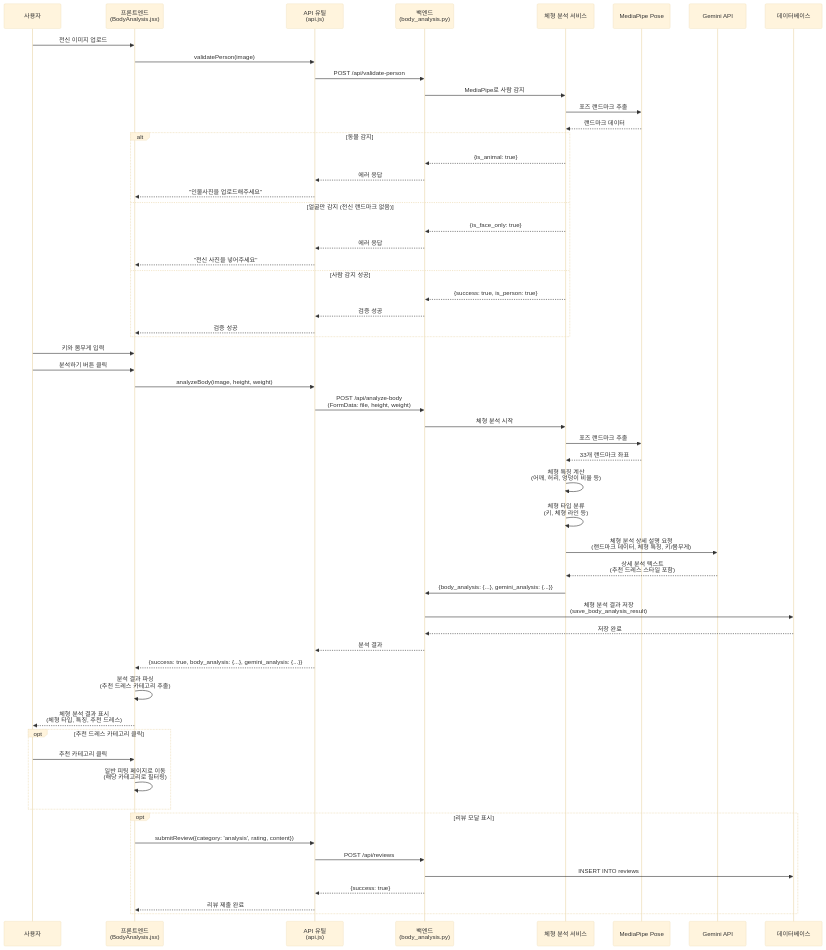
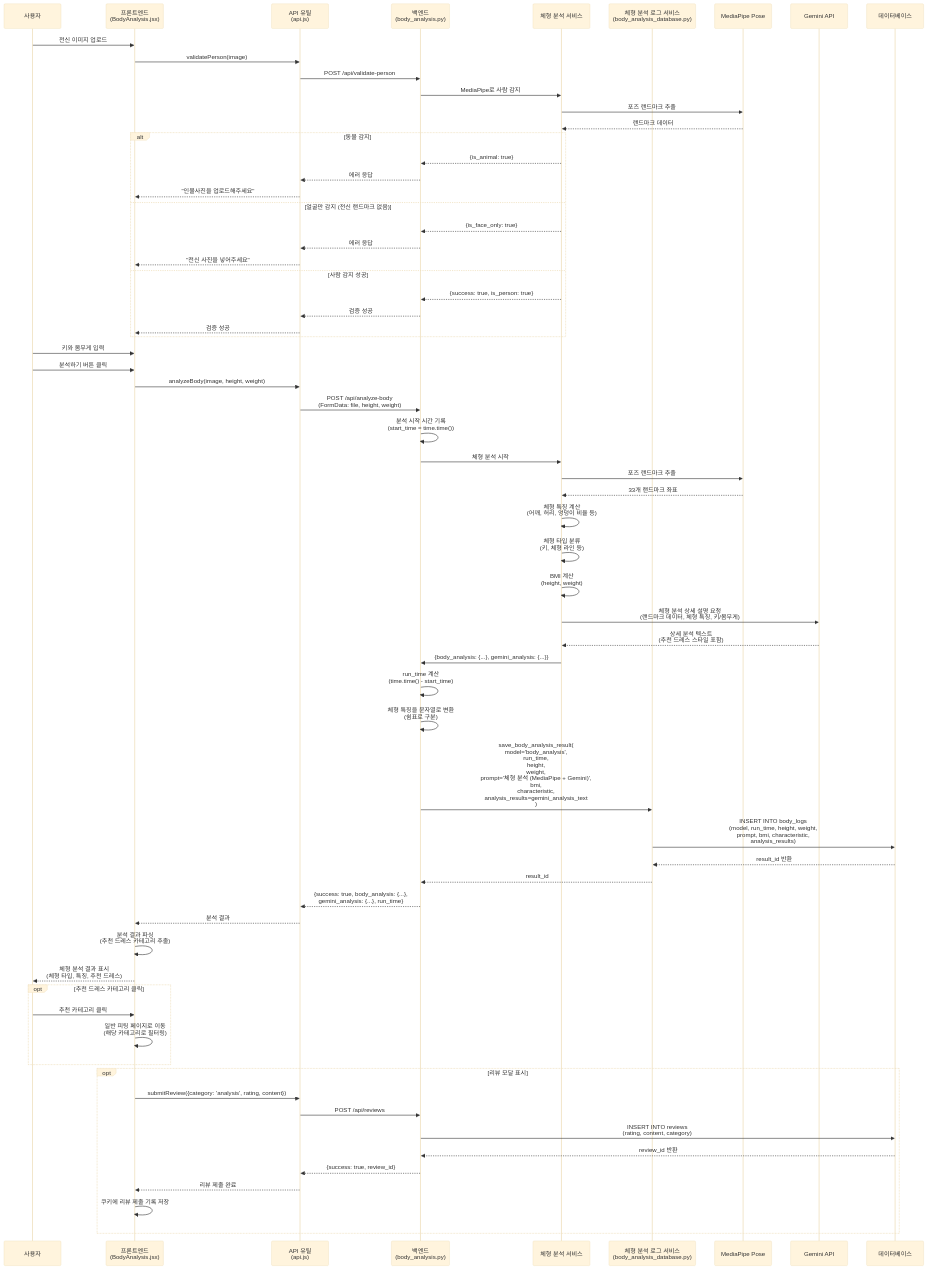
Before and after one commit to MerrydayPrject/final-repo-back: the fifth of 16 diagrams in docs/sequence_diagrams.md, drawn with Mermaid (base theme). The commit also changed other lines of this file and 3 other files, not shown here.

````diff
--- a/docs/sequence_diagrams.md
+++ b/docs/sequence_diagrams.md
@@ -203,69 +272,79 @@
 ```mermaid
 sequenceDiagram
     participant User as 사용자
     participant Frontend as 프론트엔드<br/>(BodyAnalysis.jsx)
     participant API as API 유틸<br/>(api.js)
     participant Backend as 백엔드<br/>(body_analysis.py)
     participant BodyService as 체형 분석 서비스
+    participant BodyLogService as 체형 분석 로그 서비스<br/>(body_analysis_database.py)
     participant MediaPipe as MediaPipe Pose
     participant Gemini as Gemini API
     participant DB as 데이터베이스
 
     User->>Frontend: 전신 이미지 업로드
     Frontend->>API: validatePerson(image)
     API->>Backend: POST /api/validate-person
     Backend->>BodyService: MediaPipe로 사람 감지
     BodyService->>MediaPipe: 포즈 랜드마크 추출
     MediaPipe-->>BodyService: 랜드마크 데이터
     
     alt 동물 감지
         BodyService-->>Backend: {is_animal: true}
         Backend-->>API: 에러 응답
         API-->>Frontend: "인물사진을 업로드해주세요"
     else 얼굴만 감지 (전신 랜드마크 없음)
         BodyService-->>Backend: {is_face_only: true}
         Backend-->>API: 에러 응답
         API-->>Frontend: "전신 사진을 넣어주세요"
     else 사람 감지 성공
         BodyService-->>Backend: {success: true, is_person: true}
         Backend-->>API: 검증 성공
         API-->>Frontend: 검증 성공
     end
     
     User->>Frontend: 키와 몸무게 입력
     User->>Frontend: 분석하기 버튼 클릭
     Frontend->>API: analyzeBody(image, height, weight)
     API->>Backend: POST /api/analyze-body<br/>(FormData: file, height, weight)
     
+    Backend->>Backend: 분석 시작 시간 기록<br/>(start_time = time.time())
     Backend->>BodyService: 체형 분석 시작
     BodyService->>MediaPipe: 포즈 랜드마크 추출
     MediaPipe-->>BodyService: 33개 랜드마크 좌표
     
     BodyService->>BodyService: 체형 특징 계산<br/>(어깨, 허리, 엉덩이 비율 등)
     BodyService->>BodyService: 체형 타입 분류<br/>(키, 체형 라인 등)
+    BodyService->>BodyService: BMI 계산<br/>(height, weight)
     
     BodyService->>Gemini: 체형 분석 상세 설명 요청<br/>(랜드마크 데이터, 체형 특징, 키/몸무게)
     Gemini-->>BodyService: 상세 분석 텍스트<br/>(추천 드레스 스타일 포함)
     
     BodyService->>Backend: {body_analysis: {...}, gemini_analysis: {...}}
-    Backend->>DB: 체형 분석 결과 저장<br/>(save_body_analysis_result)
-    DB-->>Backend: 저장 완료
-    Backend-->>API: 분석 결과
-    API-->>Frontend: {success: true, body_analysis: {...}, gemini_analysis: {...}}
+    Backend->>Backend: run_time 계산<br/>(time.time() - start_time)
+    Backend->>Backend: 체형 특징을 문자열로 변환<br/>(쉼표로 구분)
     
+    Backend->>BodyLogService: save_body_analysis_result(<br/>  model='body_analysis',<br/>  run_time,<br/>  height,<br/>  weight,<br/>  prompt='체형 분석 (MediaPipe + Gemini)',<br/>  bmi,<br/>  characteristic,<br/>  analysis_results=gemini_analysis_text<br/>)
+    BodyLogService->>DB: INSERT INTO body_logs<br/>(model, run_time, height, weight,<br/>prompt, bmi, characteristic,<br/>analysis_results)
+    DB-->>BodyLogService: result_id 반환
+    BodyLogService-->>Backend: result_id
+    
+    Backend-->>API: {success: true, body_analysis: {...},<br/>gemini_analysis: {...}, run_time}
+    API-->>Frontend: 분석 결과
     Frontend->>Frontend: 분석 결과 파싱<br/>(추천 드레스 카테고리 추출)
     Frontend-->>User: 체형 분석 결과 표시<br/>(체형 타입, 특징, 추천 드레스)
     
     opt 추천 드레스 카테고리 클릭
         User->>Frontend: 추천 카테고리 클릭
         Frontend->>Frontend: 일반 피팅 페이지로 이동<br/>(해당 카테고리로 필터링)
     end
     
     opt 리뷰 모달 표시
         Frontend->>API: submitReview({category: 'analysis', rating, content})
         API->>Backend: POST /api/reviews
-        Backend->>DB: INSERT INTO reviews
-        Backend-->>API: {success: true}
+        Backend->>DB: INSERT INTO reviews<br/>(rating, content, category)
+        DB-->>Backend: review_id 반환
+        Backend-->>API: {success: true, review_id}
         API-->>Frontend: 리뷰 제출 완료
+        Frontend->>Frontend: 쿠키에 리뷰 제출 기록 저장
     end
 ```
````
